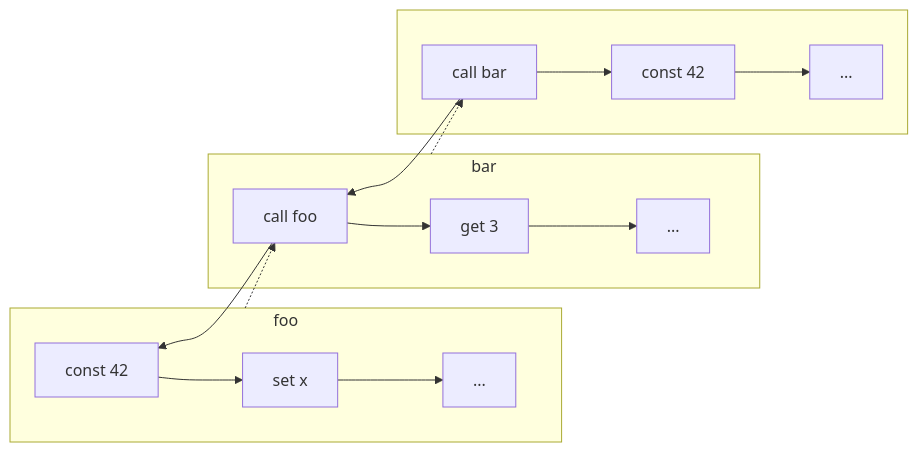
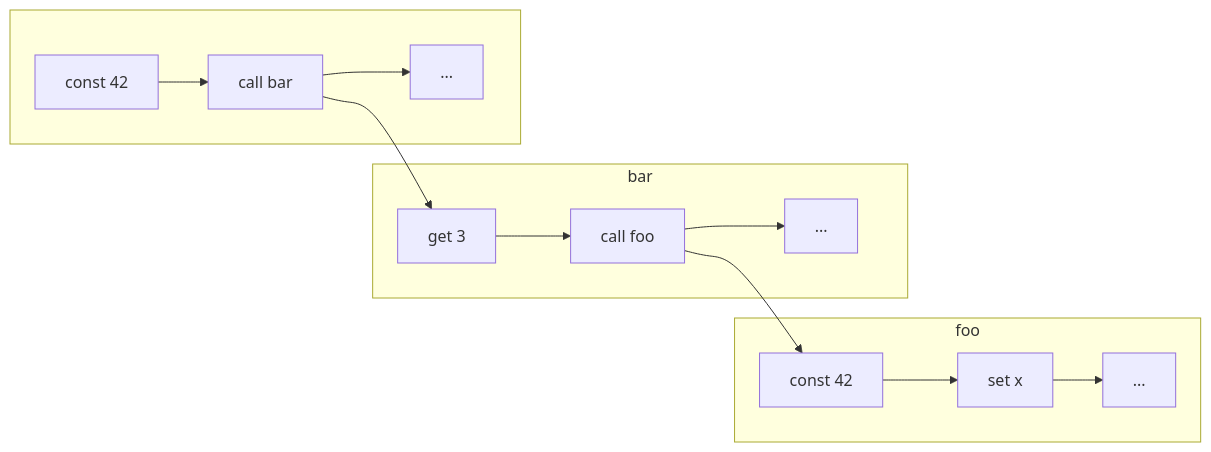
One commit to raviqqe/doc changed the diagram in slides/stak/unicode/backtrace.mmd. Above: the diagram before and after it, drawn with Mermaid. The commit also changed 1 other file, not shown here.

```diff
--- a/slides/stak/unicode/backtrace.mmd
+++ b/slides/stak/unicode/backtrace.mmd
@@ -1,18 +1,14 @@
 flowchart LR
   subgraph s0[foo]
     a0[const 42] --> a1[set x] --> a2[...]
   end
 
   subgraph s1[bar]
-    b0[call foo] --> b1[get 3] --> b2[...]
-    b0 --> a0
+    b0[get 3] --> b1[call foo] --> b2[...]
+    b1 --> a0
   end
 
-  s0 -.-> b0
-
   subgraph s2[ ]
-    c0[call bar] --> c1[const 42] --> c2[...]
-    c0 --> b0
+    c0[const 42] --> c1[call bar] --> c2[...]
+    c1 --> b0
   end
-
-  s1 -.-> c0
```
